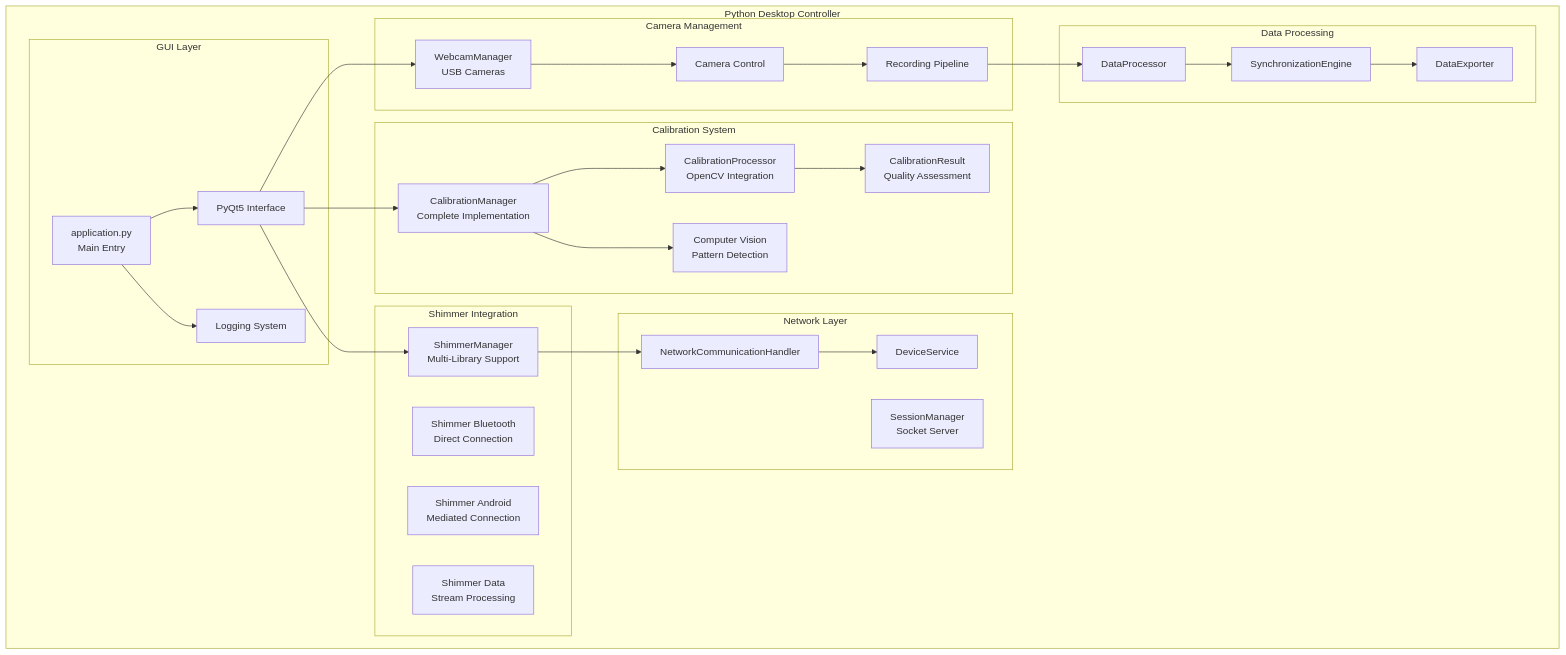
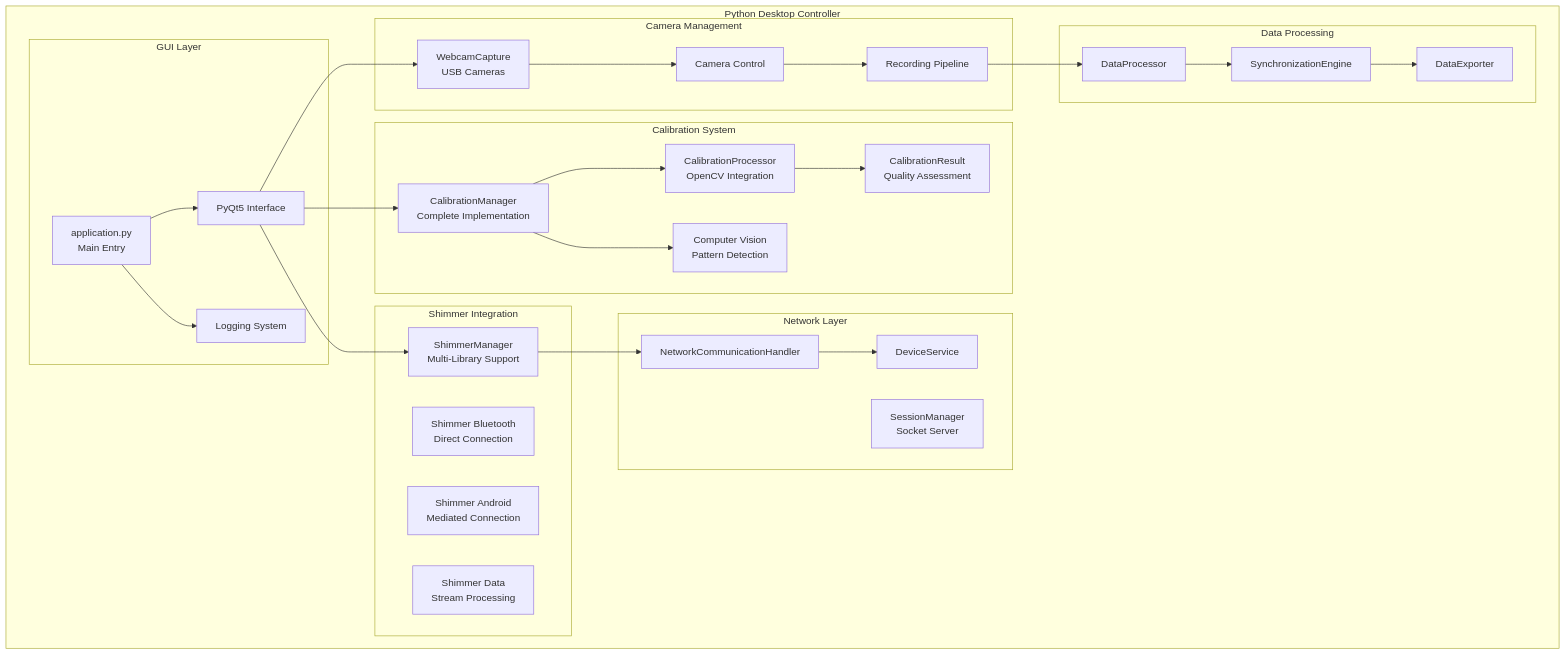
The diagram in docs/module_deep_dive/python_desktop_controller_readme.md (buccancs/fyp-multi-sensor-recording-system), drawn with Mermaid before and after one commit. The commit also changed other lines of this file and 1 other file, not shown here.

````diff
--- a/docs/module_deep_dive/python_desktop_controller_readme.md
+++ b/docs/module_deep_dive/python_desktop_controller_readme.md
@@ -63,62 +63,62 @@
 ```mermaid
 graph TB
     subgraph "Python Desktop Controller"
         subgraph "GUI Layer"
             APP[application.py<br/>Main Entry]
             UI[PyQt5 Interface]
             LOG[Logging System]
         end
         
         subgraph "Camera Management"
-            WM[WebcamManager<br/>USB Cameras]
+            WM[WebcamCapture<br/>USB Cameras]
             CAM[Camera Control]
             REC[Recording Pipeline]
         end
         
         subgraph "Calibration System"
             CM[CalibrationManager<br/>Complete Implementation]
             CP[CalibrationProcessor<br/>OpenCV Integration]
             CR[CalibrationResult<br/>Quality Assessment]
             CV[Computer Vision<br/>Pattern Detection]
         end
         
         subgraph "Shimmer Integration"
             SM[ShimmerManager<br/>Multi-Library Support]
             SB[Shimmer Bluetooth<br/>Direct Connection]
             SA[Shimmer Android<br/>Mediated Connection]
             SD[Shimmer Data<br/>Stream Processing]
         end
         
         subgraph "Network Layer"
             SMG[SessionManager<br/>Socket Server]
             NCH[NetworkCommunicationHandler]
             DS[DeviceService]
         end
         
         subgraph "Data Processing"
             DP[DataProcessor]
             SYNC[SynchronizationEngine]
             EXP[DataExporter]
         end
         
         APP --> UI
         APP --> LOG
         UI --> WM
         UI --> CM
         UI --> SM
         
         WM --> CAM
         CAM --> REC
         
         CM --> CP
         CP --> CR
         CM --> CV
         
         SM --> NCH
         NCH --> DS
         
         REC --> DP
         DP --> SYNC
         SYNC --> EXP
     end
 ```
````
